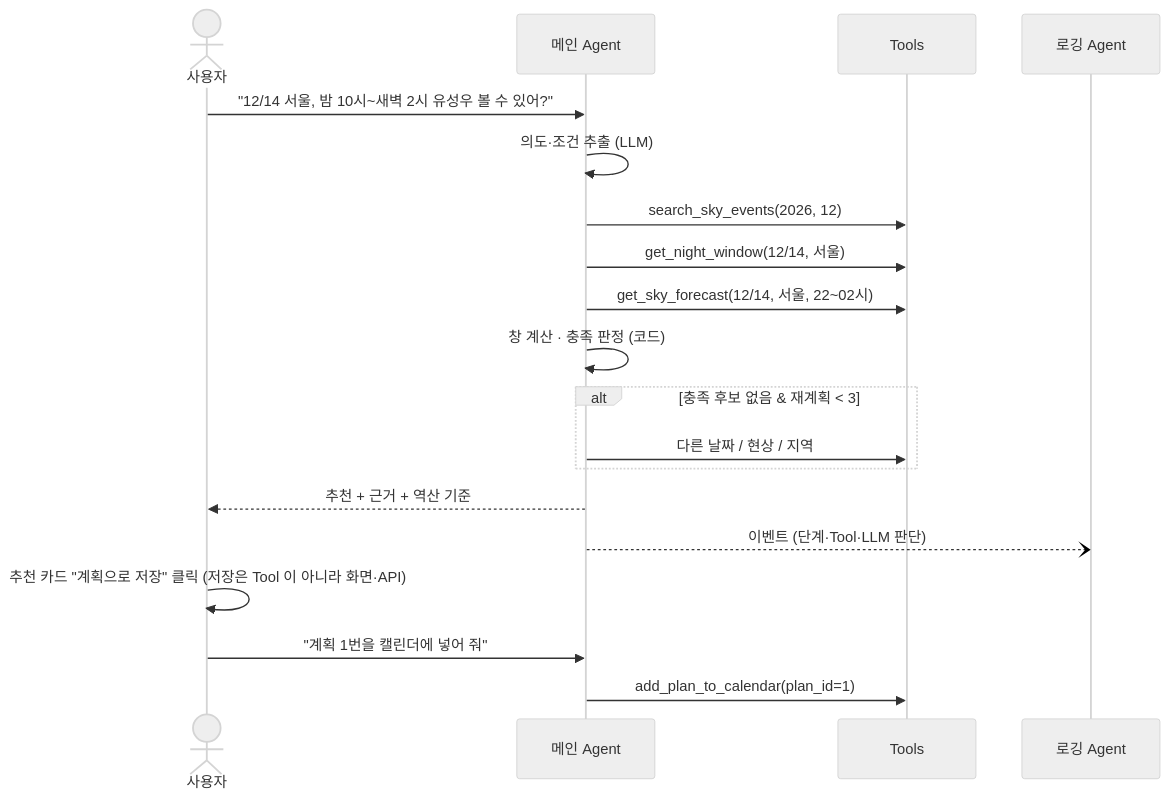
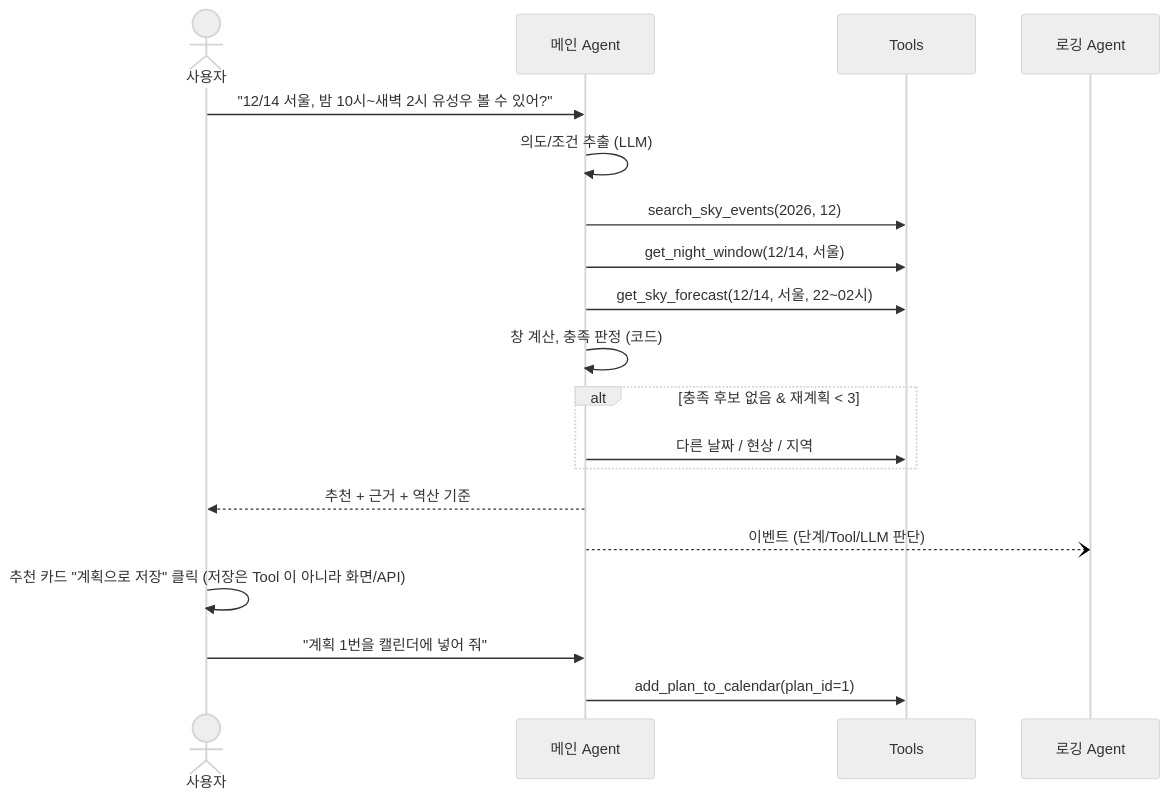
Before and after one commit to bnbong/Astrowatch: the first of 4 diagrams in docs/ASTROWATCH_PLAN.md, drawn with Mermaid (neutral theme). The commit also changed other lines of this file and 99 other files, not shown here.

````diff
--- a/docs/ASTROWATCH_PLAN.md
+++ b/docs/ASTROWATCH_PLAN.md
@@ -48,21 +48,21 @@
 ```mermaid
 sequenceDiagram
   actor U as 사용자
   participant A as 메인 Agent
   participant T as Tools
   participant L as 로깅 Agent
   U->>A: "12/14 서울, 밤 10시~새벽 2시 유성우 볼 수 있어?"
-  A->>A: 의도·조건 추출 (LLM)
+  A->>A: 의도/조건 추출 (LLM)
   A->>T: search_sky_events(2026, 12)
   A->>T: get_night_window(12/14, 서울)
   A->>T: get_sky_forecast(12/14, 서울, 22~02시)
-  A->>A: 창 계산 · 충족 판정 (코드)
+  A->>A: 창 계산, 충족 판정 (코드)
   alt 충족 후보 없음 & 재계획 < 3
     A->>T: 다른 날짜 / 현상 / 지역
   end
   A-->>U: 추천 + 근거 + 역산 기준
-  A--)L: 이벤트 (단계·Tool·LLM 판단)
-  U->>U: 추천 카드 "계획으로 저장" 클릭 (저장은 Tool 이 아니라 화면·API)
+  A--)L: 이벤트 (단계/Tool/LLM 판단)
+  U->>U: 추천 카드 "계획으로 저장" 클릭 (저장은 Tool 이 아니라 화면/API)
   U->>A: "계획 1번을 캘린더에 넣어 줘"
   A->>T: add_plan_to_calendar(plan_id=1)
 ```
````
